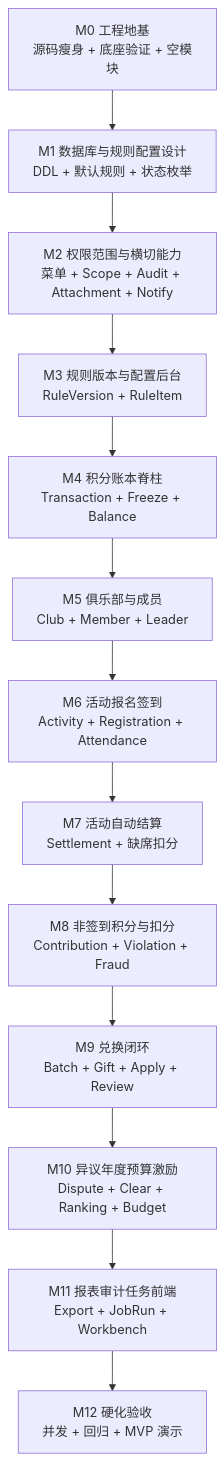
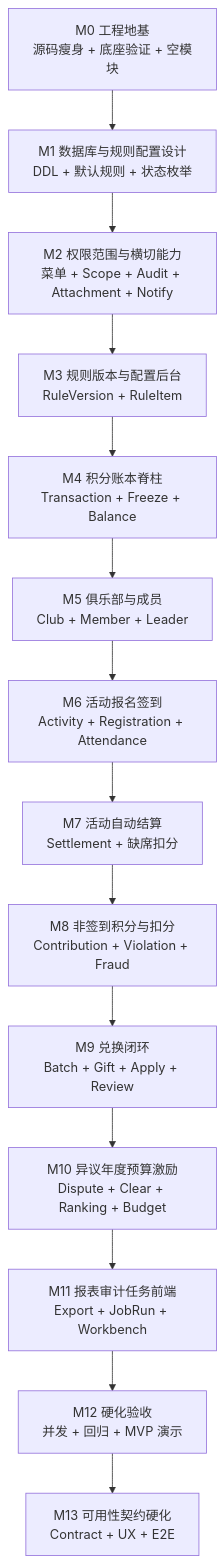
The diagram in docs/club-points-development-plan.md (KianaMei/points), drawn with Mermaid before and after one commit. The commit also changed other lines of this file and 102 other files, not shown here.

````diff
--- a/docs/club-points-development-plan.md
+++ b/docs/club-points-development-plan.md
@@ -302,21 +302,22 @@
 ```mermaid
 flowchart TB
     accTitle: clubpoints 源码落地里程碑
     accDescr: 从芋道地基到配置化规则、账本、业务闭环、运营收口的执行顺序。
 
     M0["M0 工程地基<br/>源码瘦身 + 底座验证 + 空模块"]
     M1["M1 数据库与规则配置设计<br/>DDL + 默认规则 + 状态枚举"]
     M2["M2 权限范围与横切能力<br/>菜单 + Scope + Audit + Attachment + Notify"]
     M3["M3 规则版本与配置后台<br/>RuleVersion + RuleItem"]
     M4["M4 积分账本脊柱<br/>Transaction + Freeze + Balance"]
     M5["M5 俱乐部与成员<br/>Club + Member + Leader"]
     M6["M6 活动报名签到<br/>Activity + Registration + Attendance"]
     M7["M7 活动自动结算<br/>Settlement + 缺席扣分"]
     M8["M8 非签到积分与扣分<br/>Contribution + Violation + Fraud"]
     M9["M9 兑换闭环<br/>Batch + Gift + Apply + Review"]
     M10["M10 异议年度预算激励<br/>Dispute + Clear + Ranking + Budget"]
     M11["M11 报表审计任务前端<br/>Export + JobRun + Workbench"]
     M12["M12 硬化验收<br/>并发 + 回归 + MVP 演示"]
+    M13["M13 可用性契约硬化<br/>Contract + UX + E2E"]
 
-    M0 --> M1 --> M2 --> M3 --> M4 --> M5 --> M6 --> M7 --> M8 --> M9 --> M10 --> M11 --> M12
+    M0 --> M1 --> M2 --> M3 --> M4 --> M5 --> M6 --> M7 --> M8 --> M9 --> M10 --> M11 --> M12 --> M13
 ```
````
